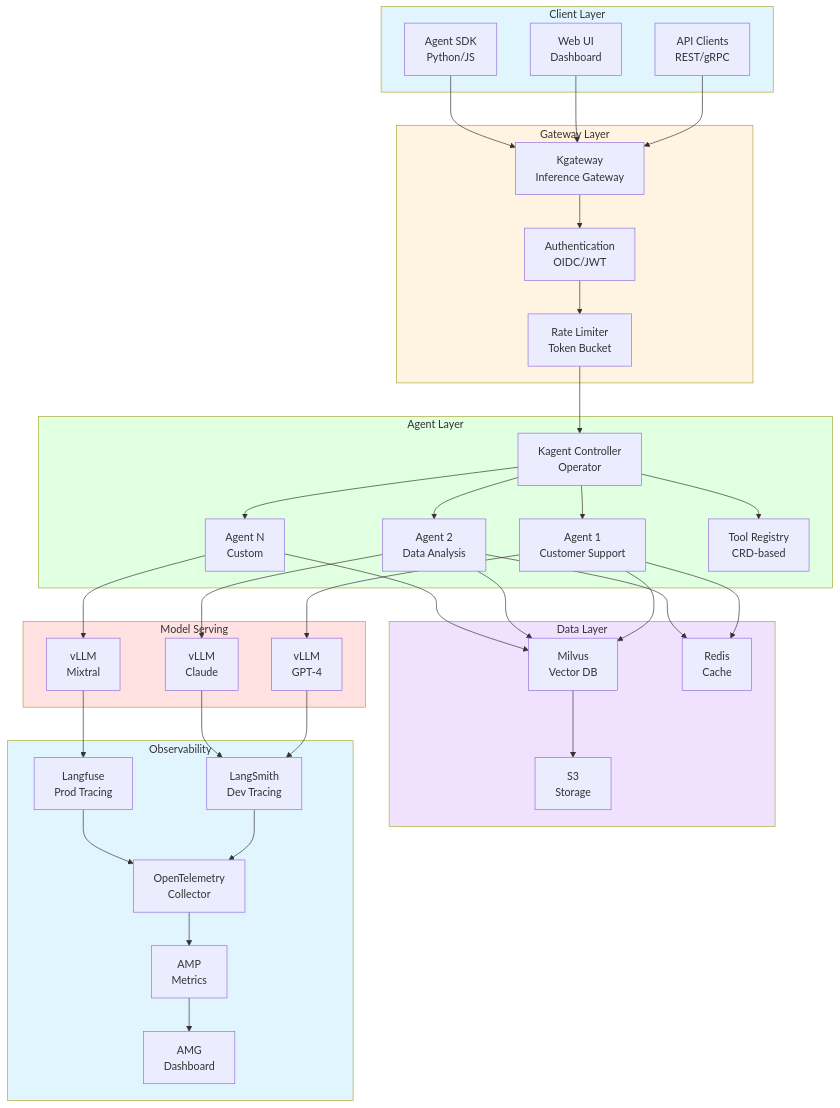
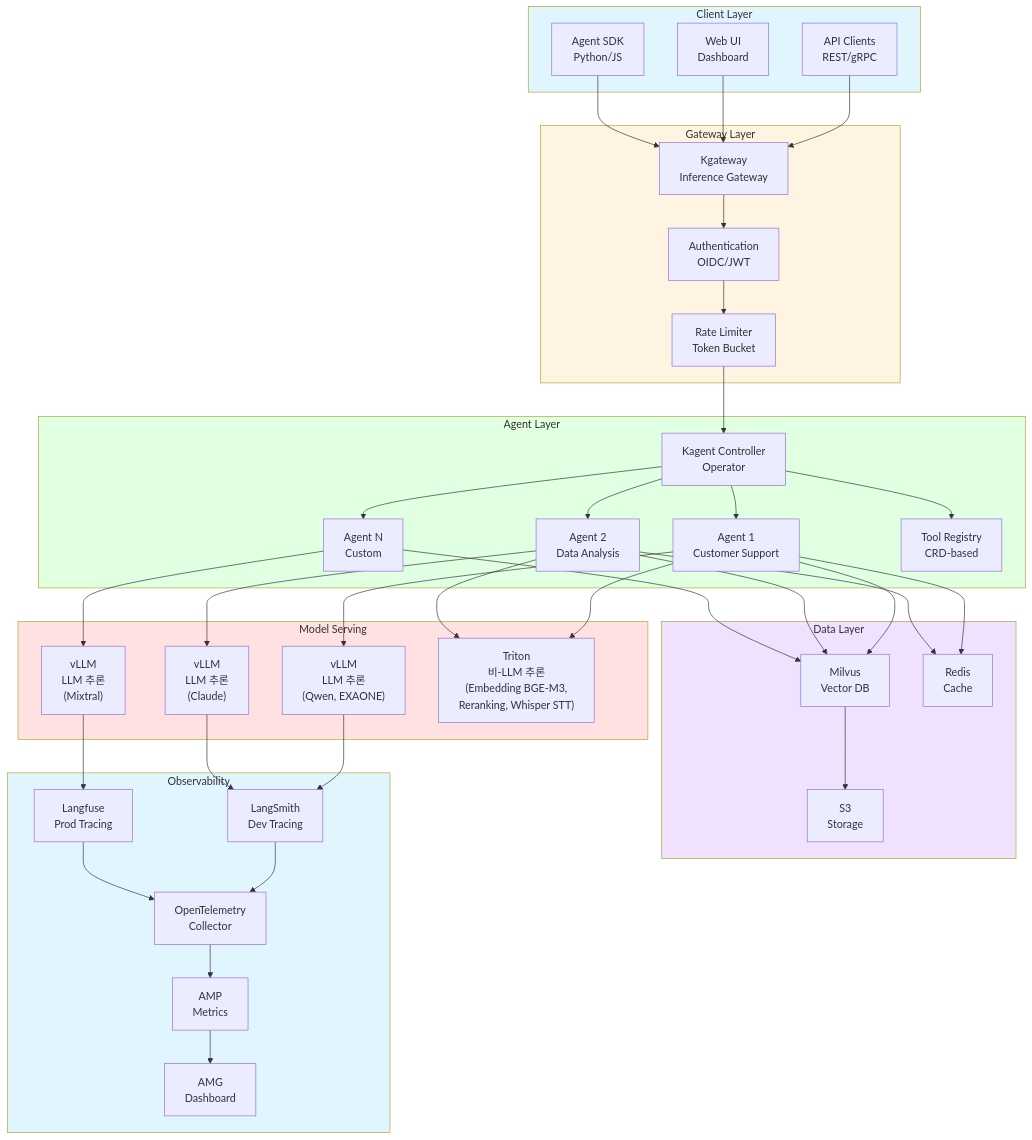
Before and after one commit to devfloor9/engineering-playbook: the first of 10 diagrams in docs/agentic-ai-platform/design-architecture/agentic-platform-architecture.md, drawn with Mermaid. The commit also changed other lines of this file and 4 other files, not shown here.

First line of the commit message:
docs: 다이어그램 검증 기반 문서 재구성 — Triton, MCP/A2A, 2-Tier 비용 추적

````diff
--- a/docs/agentic-ai-platform/design-architecture/agentic-platform-architecture.md
+++ b/docs/agentic-ai-platform/design-architecture/agentic-platform-architecture.md
@@ -49,76 +49,79 @@
 ```mermaid
 flowchart TD
     subgraph ClientLayer["Client Layer"]
         CLIENT["API Clients<br/>REST/gRPC"]
         UI["Web UI<br/>Dashboard"]
         SDK["Agent SDK<br/>Python/JS"]
     end
 
     subgraph GatewayLayer["Gateway Layer"]
         KGWY["Kgateway<br/>Inference Gateway"]
         AUTH["Authentication<br/>OIDC/JWT"]
         RATE["Rate Limiter<br/>Token Bucket"]
     end
 
     subgraph AgentLayer["Agent Layer"]
         KAGENT["Kagent Controller<br/>Operator"]
         AGENT1["Agent 1<br/>Customer Support"]
         AGENT2["Agent 2<br/>Data Analysis"]
         AGENTN["Agent N<br/>Custom"]
         TOOLS["Tool Registry<br/>CRD-based"]
     end
 
     subgraph ModelLayer["Model Serving"]
-        VLLM1["vLLM<br/>GPT-4"]
-        VLLM2["vLLM<br/>Claude"]
-        VLLM3["vLLM<br/>Mixtral"]
+        VLLM1["vLLM<br/>LLM 추론<br/>(Qwen, EXAONE)"]
+        VLLM2["vLLM<br/>LLM 추론<br/>(Claude)"]
+        VLLM3["vLLM<br/>LLM 추론<br/>(Mixtral)"]
+        TRITON["Triton<br/>비-LLM 추론<br/>(Embedding BGE-M3,<br/>Reranking, Whisper STT)"]
     end
 
     subgraph DataLayer["Data Layer"]
         MILVUS["Milvus<br/>Vector DB"]
         REDIS["Redis<br/>Cache"]
         S3["S3<br/>Storage"]
     end
 
     subgraph ObsLayer["Observability"]
         LANGSMITH["LangSmith<br/>Dev Tracing"]
         LANGFUSE["Langfuse<br/>Prod Tracing"]
         AMP["AMP<br/>Metrics"]
         AMG["AMG<br/>Dashboard"]
         OTEL["OpenTelemetry<br/>Collector"]
     end
 
     CLIENT --> KGWY
     UI --> KGWY
     SDK --> KGWY
     KGWY --> AUTH
     AUTH --> RATE
     RATE --> KAGENT
     KAGENT --> AGENT1
     KAGENT --> AGENT2
     KAGENT --> AGENTN
     KAGENT --> TOOLS
     AGENT1 --> VLLM1
     AGENT2 --> VLLM2
     AGENTN --> VLLM3
     AGENT1 --> MILVUS
     AGENT2 --> MILVUS
     AGENTN --> MILVUS
+    AGENT1 --> TRITON
+    AGENT2 --> TRITON
     AGENT1 --> REDIS
     AGENT2 --> REDIS
     MILVUS --> S3
     VLLM1 --> LANGSMITH
     VLLM2 --> LANGSMITH
     VLLM3 --> LANGFUSE
     LANGSMITH --> OTEL
     LANGFUSE --> OTEL
     OTEL --> AMP
     AMP --> AMG
 
     style ClientLayer fill:#e1f5ff
     style GatewayLayer fill:#fff4e1
     style AgentLayer fill:#e1ffe1
     style ModelLayer fill:#ffe1e1
     style DataLayer fill:#f0e1ff
     style ObsLayer fill:#e1f5ff
 ```
````
